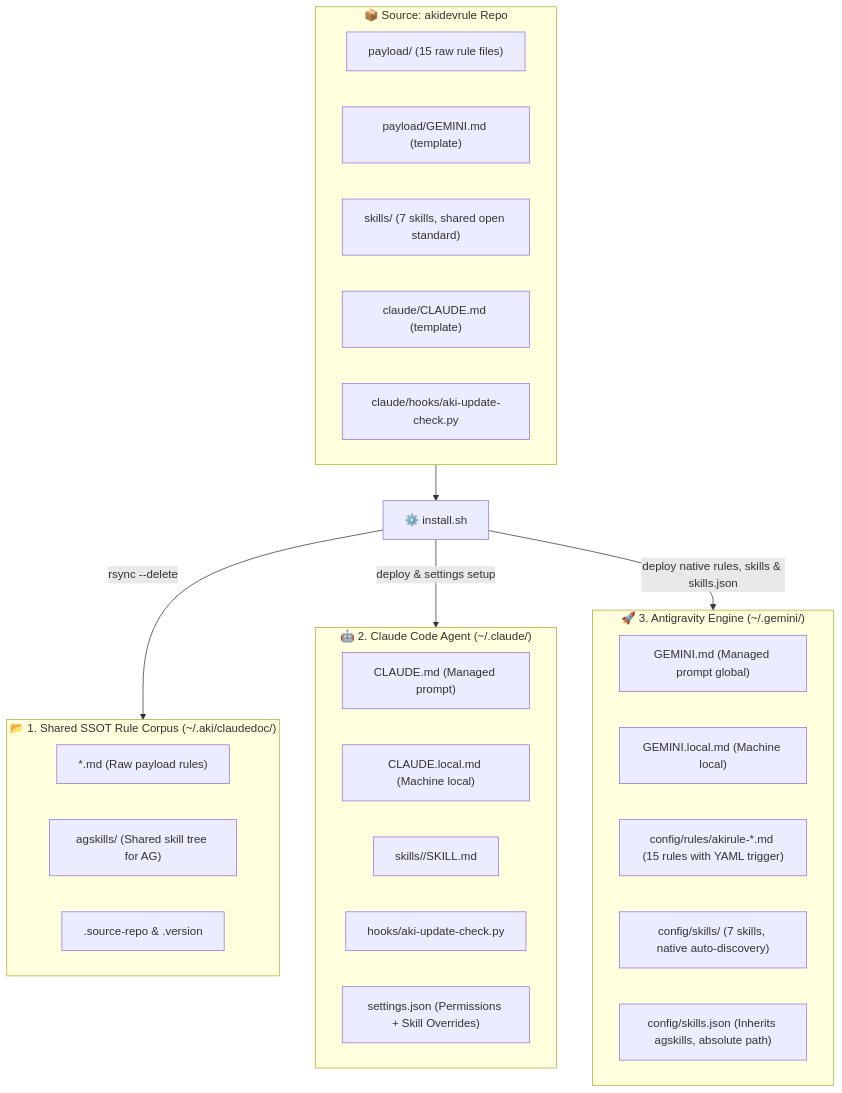
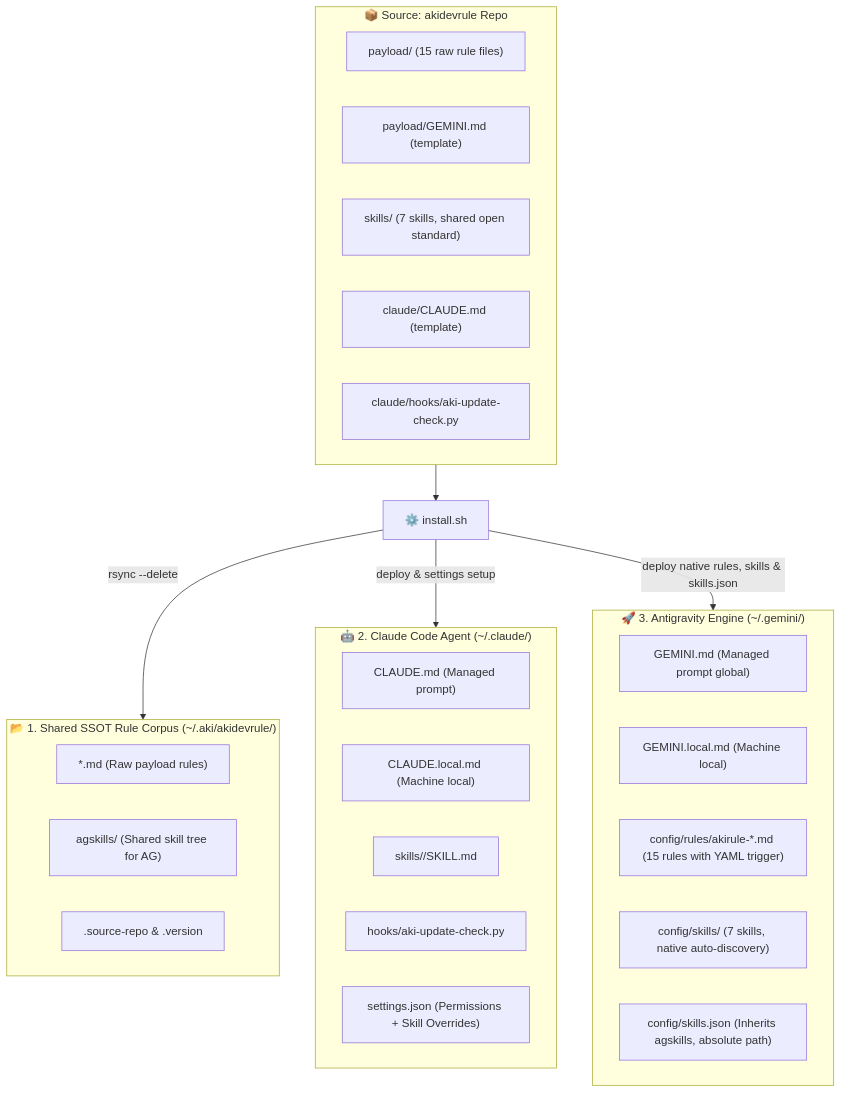
The diagram in README.md (QuachGia1994/akidevrule), drawn with Mermaid before and after one commit. The commit also changed other lines of this file and 12 other files, not shown here.

First line of the commit message:
refactor(install)!: rename ~/.aki/claudedoc to ~/.aki/akidevrule

````diff
--- a/README.md
+++ b/README.md
@@ -105,42 +105,42 @@
 ```mermaid
 flowchart TD
     subgraph SRC["📦 Source: akidevrule Repo"]
         PAYLOAD["payload/ (15 raw rule files)"]
         PGEMINI["payload/GEMINI.md (template)"]
         CSKILLS["skills/ (7 skills, shared open standard)"]
         CCLAUDE["claude/CLAUDE.md (template)"]
         CHOOKS["claude/hooks/aki-update-check.py"]
     end
 
     INSTALL["⚙️ install.sh"]
     SRC --> INSTALL
 
-    %% TARGET 1: ~/.aki/claudedoc/
-    subgraph T1["📂 1. Shared SSOT Rule Corpus (~/.aki/claudedoc/)"]
+    %% TARGET 1: ~/.aki/akidevrule/
+    subgraph T1["📂 1. Shared SSOT Rule Corpus (~/.aki/akidevrule/)"]
         R_CORPUS["*.md (Raw payload rules)"]
         R_AGSKILLS["agskills/ (Shared skill tree for AG)"]
         R_META[".source-repo & .version"]
     end
 
     %% TARGET 2: ~/.claude/
     subgraph T2["🤖 2. Claude Code Agent (~/.claude/)"]
         C_MD["CLAUDE.md (Managed prompt)"]
         C_LOCAL["CLAUDE.local.md (Machine local)"]
         C_SKILLS["skills/<skill_name>/SKILL.md"]
         C_HOOKS["hooks/aki-update-check.py"]
         C_SET["settings.json (Permissions + Skill Overrides)"]
     end
 
     %% TARGET 3: ~/.gemini/
     subgraph T3["🚀 3. Antigravity Engine (~/.gemini/)"]
         G_MD["GEMINI.md (Managed prompt global)"]
         G_LOCAL["GEMINI.local.md (Machine local)"]
         G_RULES["config/rules/akirule-*.md (15 rules with YAML trigger)"]
         G_SKILLS["config/skills/ (7 skills, native auto-discovery)"]
         G_SJSON["config/skills.json (Inherits agskills, absolute path)"]
     end
 
     INSTALL -->|"rsync --delete"| T1
     INSTALL -->|"deploy & settings setup"| T2
     INSTALL -->|"deploy native rules, skills & skills.json"| T3
 ```
````
